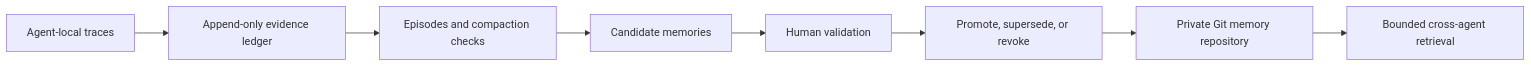
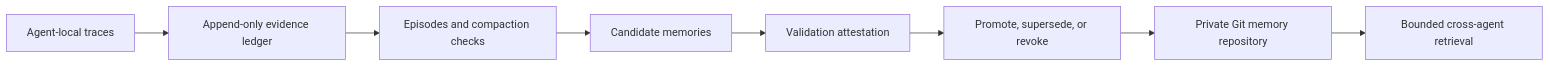
The diagram in README.md (rrrrrredy/agent-memory-system), drawn with Mermaid before and after one commit. The commit also changed other lines of this file and 20 other files, not shown here.

````diff
--- a/README.md
+++ b/README.md
@@ -29,10 +31,10 @@
 ```mermaid
 flowchart LR
     A["Agent-local traces"] --> B["Append-only evidence ledger"]
     B --> C["Episodes and compaction checks"]
     C --> D["Candidate memories"]
-    D --> E["Human validation"]
+    D --> E["Validation attestation"]
     E --> F["Promote, supersede, or revoke"]
     F --> G["Private Git memory repository"]
     G --> H["Bounded cross-agent retrieval"]
 ```
````
